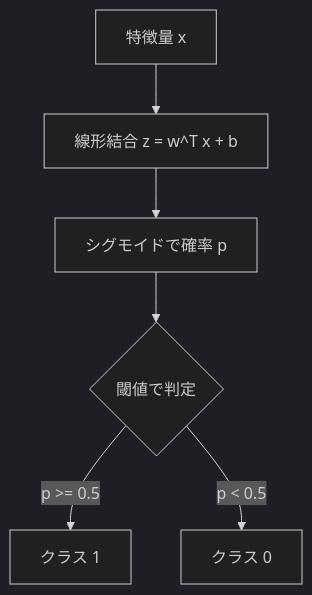
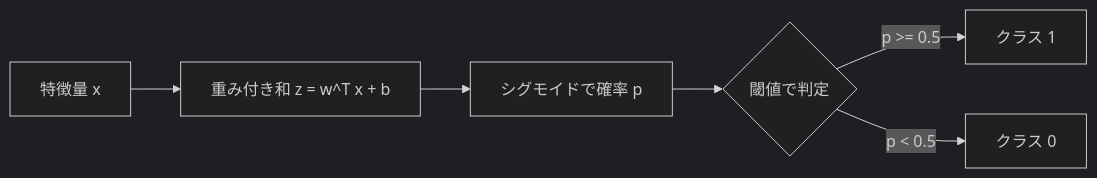
Before and after one commit to nao1215/debimate: the diagram in projects/ml/notes/ml/logistic-regression/index.md, drawn with Mermaid (dark theme). The commit also changed other lines of this file and 19 other files, not shown here.

````diff
--- a/projects/ml/notes/ml/logistic-regression/index.md
+++ b/projects/ml/notes/ml/logistic-regression/index.md
@@ -40,8 +14,8 @@
 ```mermaid
-graph TD
-    A[特徴量 x] --> B[線形結合 z = w^T x + b]
+flowchart LR
+    A[特徴量 x] --> B[重み付き和 z = w^T x + b]
     B --> C[シグモイドで確率 p]
     C --> D{閾値で判定}
     D -->|p >= 0.5| E[クラス 1]
     D -->|p < 0.5| F[クラス 0]
 ```
````
